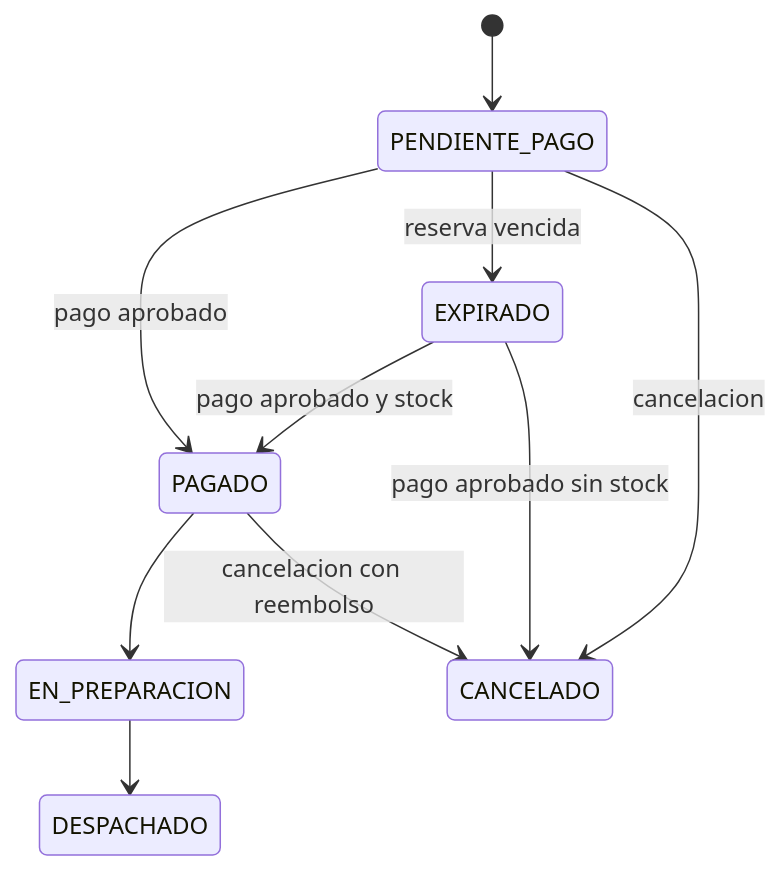
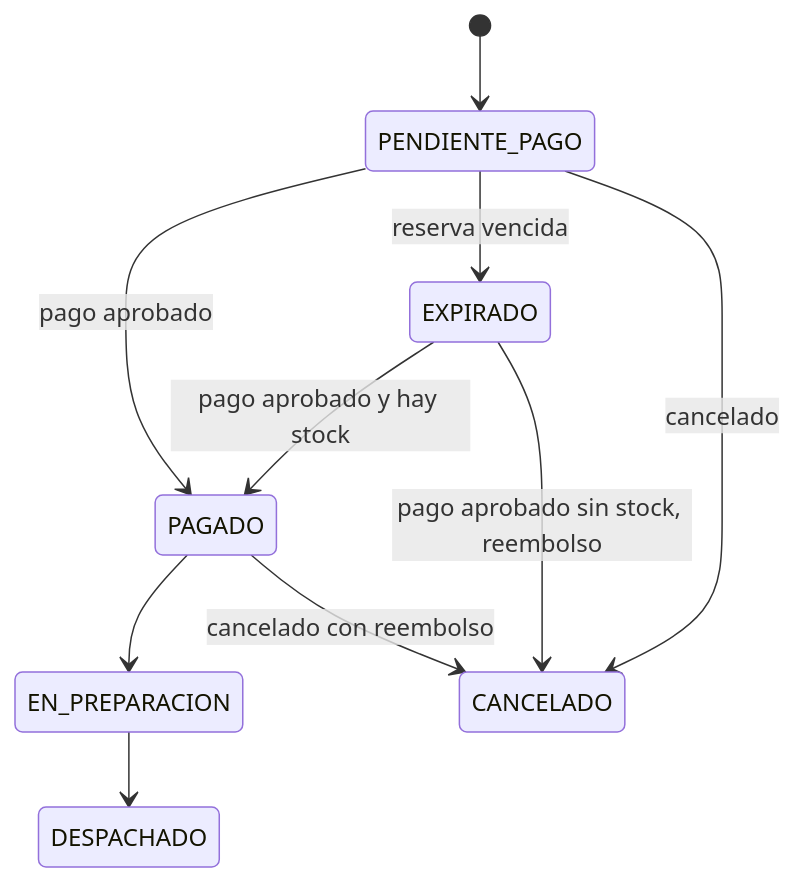
Before and after one commit to RichJ-100/Caso-4-Pedidos: the fourth of 5 diagrams in README.md, drawn with Mermaid. The commit also changed other lines of this file, not shown here.

````diff
--- a/README.md
+++ b/README.md
@@ -27,12 +96,12 @@
 ```mermaid
 stateDiagram-v2
     [*] --> PENDIENTE_PAGO
     PENDIENTE_PAGO --> PAGADO: pago aprobado
     PENDIENTE_PAGO --> EXPIRADO: reserva vencida
-    PENDIENTE_PAGO --> CANCELADO: cancelacion
-    EXPIRADO --> PAGADO: pago aprobado y stock
-    EXPIRADO --> CANCELADO: pago aprobado sin stock
+    PENDIENTE_PAGO --> CANCELADO: cancelado
+    EXPIRADO --> PAGADO: pago aprobado y hay stock
+    EXPIRADO --> CANCELADO: pago aprobado sin stock, reembolso
     PAGADO --> EN_PREPARACION
-    PAGADO --> CANCELADO: cancelacion con reembolso
+    PAGADO --> CANCELADO: cancelado con reembolso
     EN_PREPARACION --> DESPACHADO
 ```
````
